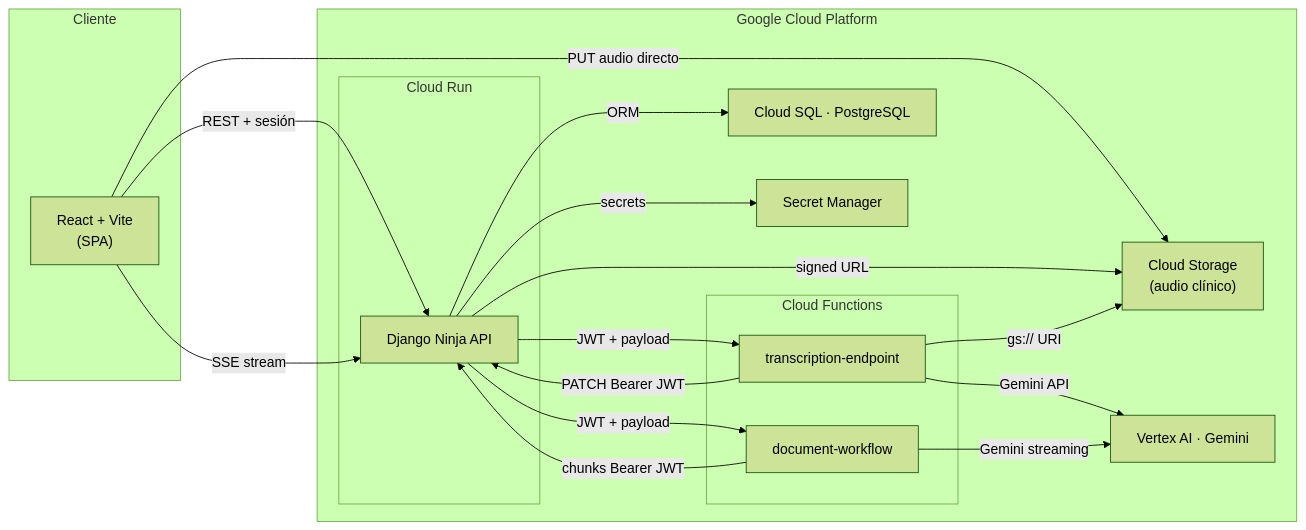
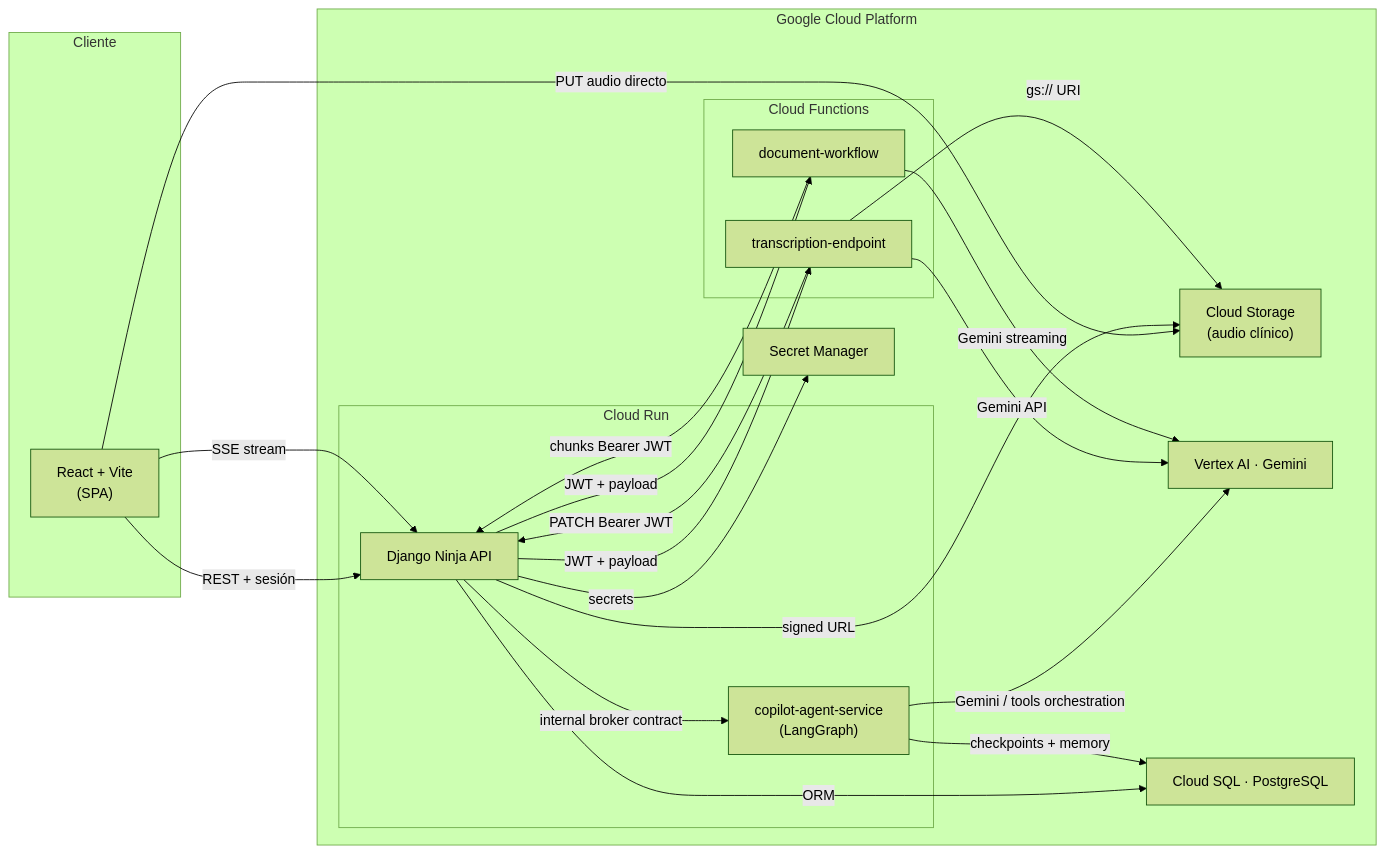
One commit to Jmoreno844/medical-ai-webapp changed the first of 3 diagrams in docs/architecture/system-overview.md. Above: the diagram before and after it, drawn with Mermaid (forest theme). The commit also changed other lines of this file and 69 other files, not shown here.

````diff
--- a/docs/architecture/system-overview.md
+++ b/docs/architecture/system-overview.md
@@ -9,37 +9,42 @@
 ```mermaid
 graph LR
     subgraph client ["Cliente"]
         Browser["React + Vite\n(SPA)"]
     end
 
     subgraph gcp ["Google Cloud Platform"]
         subgraph backend_run ["Cloud Run"]
             Django["Django Ninja API"]
+            Copilot["copilot-agent-service\n(LangGraph)"]
         end
         subgraph functions ["Cloud Functions"]
             CF_Trans["transcription-endpoint"]
             CF_Gen["document-workflow"]
         end
         GCS["Cloud Storage\n(audio clínico)"]
         Vertex["Vertex AI · Gemini"]
         PG["Cloud SQL · PostgreSQL"]
         SM["Secret Manager"]
     end
 
     Browser -->|"REST + sesión"| Django
     Browser -->|"PUT audio directo"| GCS
     Browser -->|"SSE stream"| Django
 
     Django -->|"ORM"| PG
     Django -->|"signed URL"| GCS
     Django -->|"JWT + payload"| CF_Trans
     Django -->|"JWT + payload"| CF_Gen
+    Django -->|"internal broker contract"| Copilot
     Django -->|"secrets"| SM
+
+    Copilot -->|"checkpoints + memory"| PG
+    Copilot -->|"Gemini / tools orchestration"| Vertex
 
     CF_Trans -->|"gs:// URI"| GCS
     CF_Trans -->|"Gemini API"| Vertex
     CF_Trans -->|"PATCH Bearer JWT"| Django
 
     CF_Gen -->|"Gemini streaming"| Vertex
     CF_Gen -->|"chunks Bearer JWT"| Django
 ```
````
